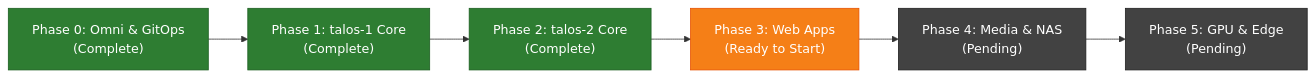
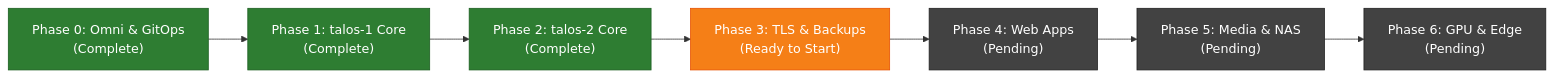
The first of 2 diagrams in K8s/PLAN.md (GabrielJean/HomeLab), drawn with Mermaid before and after one commit. The commit also changed other lines of this file, not shown here.

Commit message:
docs(plan): add cert-manager Azure DNS wildcard TLS and Velero disaster recovery architecture and checklist

````diff
--- a/K8s/PLAN.md
+++ b/K8s/PLAN.md
@@ -45,14 +46,15 @@
 ```mermaid
 flowchart LR
     P0["Phase 0: Omni & GitOps<br/>(Complete)"] --> P1["Phase 1: talos-1 Core<br/>(Complete)"]
     P1 --> P2["Phase 2: talos-2 Core<br/>(Complete)"]
-    P2 --> P3["Phase 3: Web Apps<br/>(Ready to Start)"]
-    P3 --> P4["Phase 4: Media & NAS<br/>(Pending)"]
-    P4 --> P5["Phase 5: GPU & Edge<br/>(Pending)"]
+    P2 --> P3["Phase 3: TLS & Backups<br/>(Ready to Start)"]
+    P3 --> P4["Phase 4: Web Apps<br/>(Pending)"]
+    P4 --> P5["Phase 5: Media & NAS<br/>(Pending)"]
+    P5 --> P6["Phase 6: GPU & Edge<br/>(Pending)"]
     classDef done fill:#2e7d32,stroke:#1b5e20,color:#ffffff;
     classDef inprog fill:#f57f17,stroke:#e65100,color:#ffffff;
     classDef todo fill:#424242,stroke:#212121,color:#ffffff;
     class P0,P1,P2 done;
     class P3 inprog;
-    class P4,P5 todo;
+    class P4,P5,P6 todo;
 ```
````
